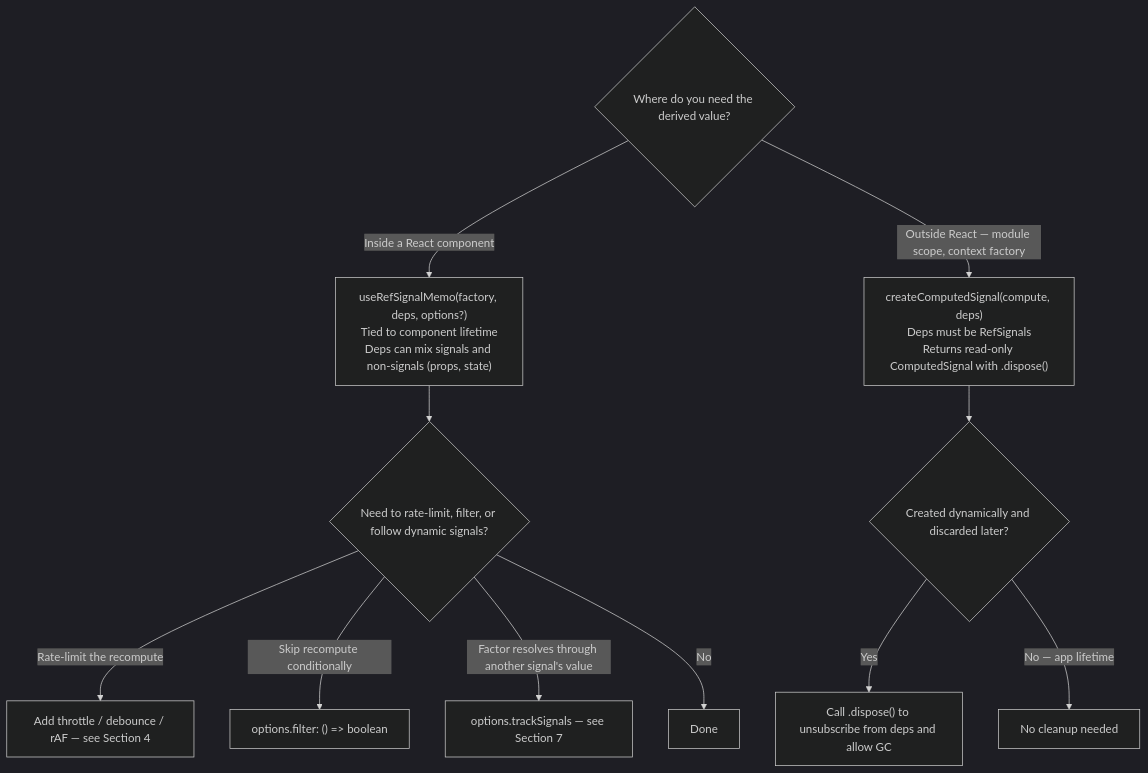
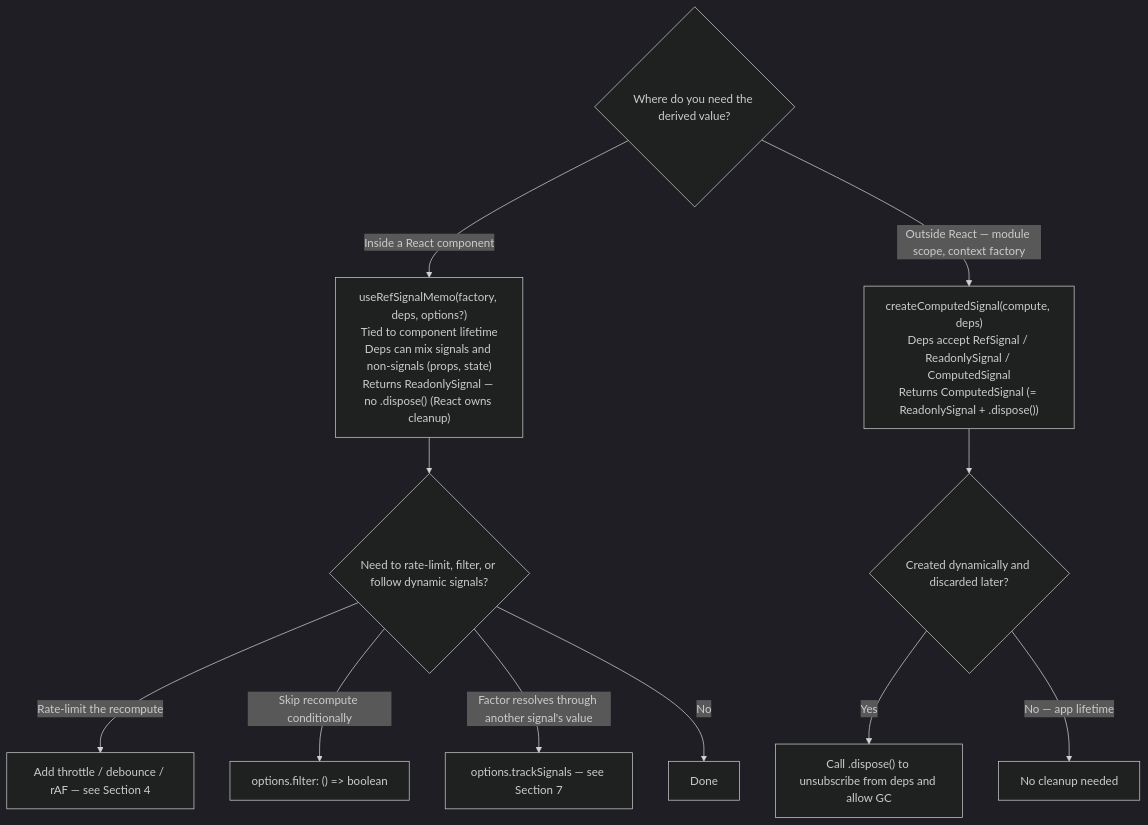
The sixth of 11 diagrams in docs/decision-tree.md (jav974/react-refsignal), drawn with Mermaid (dark theme) before and after one commit. The commit also changed other lines of this file and 1 other file, not shown here.

Commit message:
docs(api): document ReadonlySignal and updated signatures
Adds ReadonlySignal<T> and ComputedSignal<T> sections to api.md with TOC
entries. Clarifies useRefSignalMemo / useRefSignalFollow return types and
enumerates every API that accepts a ReadonlySignal (no more "or any other
API"). Updates the derived-values comparison in decision-tree.md to call
out ReadonlySignal vs ComputedSignal explicitly.

````diff
--- a/docs/decision-tree.md
+++ b/docs/decision-tree.md
@@ -126,17 +126,17 @@
 ```mermaid
 flowchart TD
     Q1{"Where do you need the derived value?"}
 
-    Q1 -->|Inside a React component| A["useRefSignalMemo(factory, deps, options?)\nTied to component lifetime\nDeps can mix signals and non-signals (props, state)"]
-    Q1 -->|"Outside React — module scope, context factory"| B["createComputedSignal(compute, deps)\nDeps must be RefSignals\nReturns read-only ComputedSignal with .dispose()"]
+    Q1 -->|Inside a React component| A["useRefSignalMemo(factory, deps, options?)\nTied to component lifetime\nDeps can mix signals and non-signals (props, state)\nReturns ReadonlySignal — no .dispose() (React owns cleanup)"]
+    Q1 -->|"Outside React — module scope, context factory"| B["createComputedSignal(compute, deps)\nDeps accept RefSignal / ReadonlySignal / ComputedSignal\nReturns ComputedSignal (= ReadonlySignal + .dispose())"]
 
     A --> Q3{"Need to rate-limit, filter, or follow dynamic signals?"}
     Q3 -->|Rate-limit the recompute| E["Add throttle / debounce / rAF — see Section 4"]
     Q3 -->|Skip recompute conditionally| F["options.filter: () => boolean"]
     Q3 -->|"Factor resolves through another signal's value"| G["options.trackSignals — see Section 7"]
     Q3 -->|No| H[Done]
 
     B --> Q2{"Created dynamically and discarded later?"}
     Q2 -->|Yes| C["Call .dispose() to unsubscribe from deps and allow GC"]
     Q2 -->|"No — app lifetime"| D[No cleanup needed]
 ```
````
